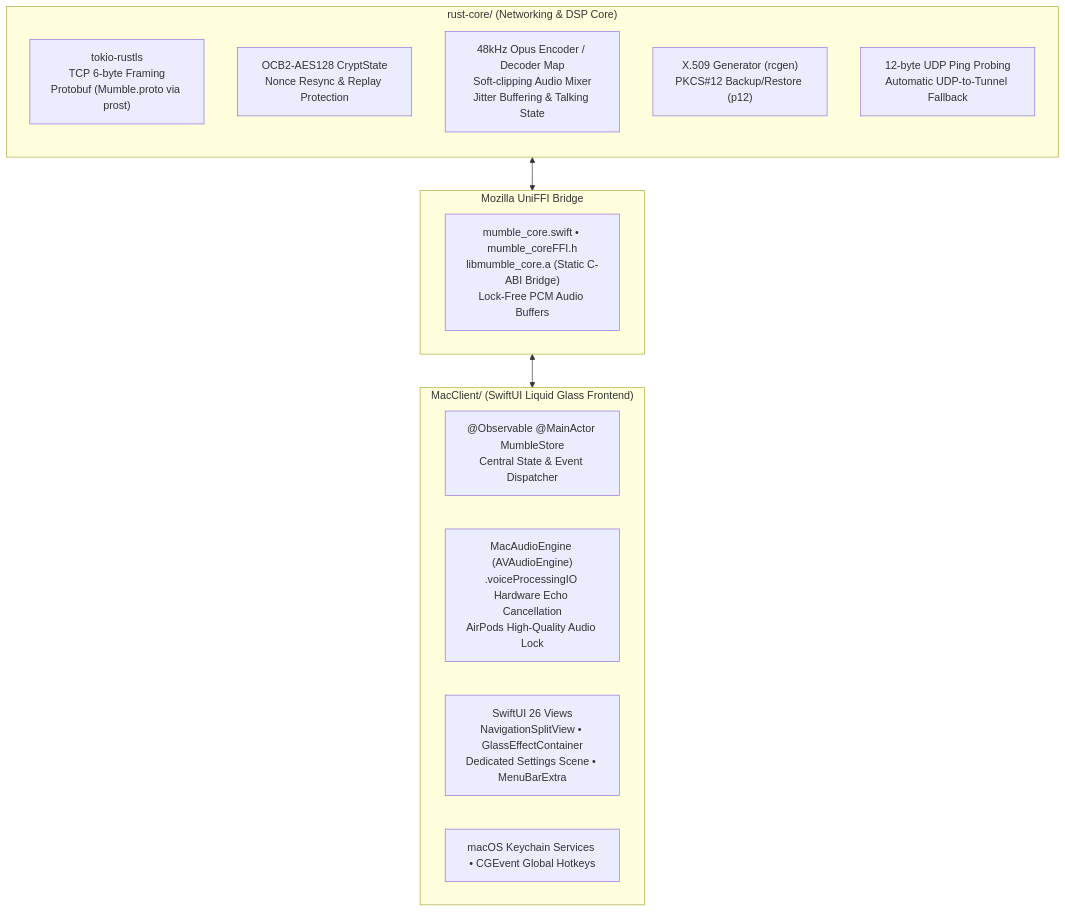
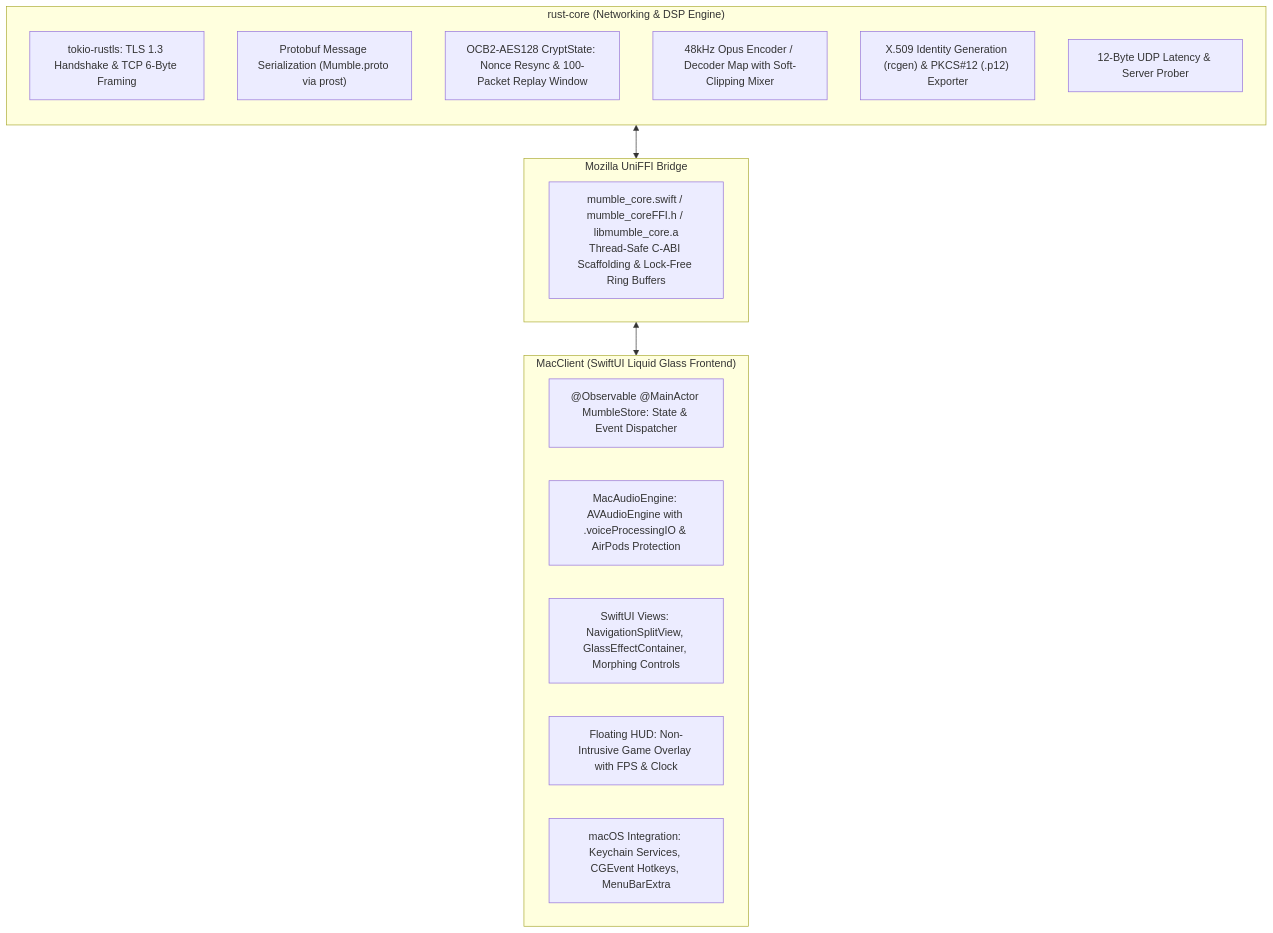
Before and after one commit to jurek-zsl/Swimble: the diagram in README.md, drawn with Mermaid. The commit also changed other lines of this file, not shown here.

Commit message:
docs: overhaul README with detailed architecture and remove all emojis

````diff
--- a/README.md
+++ b/README.md
@@ -84,25 +40,27 @@
 ```mermaid
 flowchart TB
-    subgraph RustCore ["rust-core/ (Networking & DSP Core)"]
+    subgraph RustCore ["rust-core (Networking & DSP Engine)"]
         direction TB
-        TLS["tokio-rustls\nTCP 6-byte Framing\nProtobuf (Mumble.proto via prost)"]
-        Crypto["OCB2-AES128 CryptState\nNonce Resync & Replay Protection"]
-        Opus["48kHz Opus Encoder / Decoder Map\nSoft-clipping Audio Mixer\nJitter Buffering & Talking State"]
-        Cert["X.509 Generator (rcgen)\nPKCS#12 Backup/Restore (p12)"]
-        Ping["12-byte UDP Ping Probing\nAutomatic UDP-to-Tunnel Fallback"]
+        TLS["tokio-rustls: TLS 1.3 Handshake & TCP 6-Byte Framing"]
+        Proto["Protobuf Message Serialization (Mumble.proto via prost)"]
+        Crypto["OCB2-AES128 CryptState: Nonce Resync & 100-Packet Replay Window"]
+        Opus["48kHz Opus Encoder / Decoder Map with Soft-Clipping Mixer"]
+        Cert["X.509 Identity Generation (rcgen) & PKCS#12 (.p12) Exporter"]
+        Ping["12-Byte UDP Latency & Server Prober"]
     end
 
     subgraph Bridge ["Mozilla UniFFI Bridge"]
-        UniFFI["mumble_core.swift • mumble_coreFFI.h\nlibmumble_core.a (Static C-ABI Bridge)\nLock-Free PCM Audio Buffers"]
+        UniFFI["mumble_core.swift / mumble_coreFFI.h / libmumble_core.a\nThread-Safe C-ABI Scaffolding & Lock-Free Ring Buffers"]
     end
 
-    subgraph SwiftClient ["MacClient/ (SwiftUI Liquid Glass Frontend)"]
-        Store["@Observable @MainActor MumbleStore\nCentral State & Event Dispatcher"]
-        Audio["MacAudioEngine (AVAudioEngine)\n.voiceProcessingIO Hardware Echo Cancellation\nAirPods High-Quality Audio Lock"]
-        UI["SwiftUI 26 Views\nNavigationSplitView • GlassEffectContainer\nDedicated Settings Scene • MenuBarExtra"]
-        Keys["macOS Keychain Services • CGEvent Global Hotkeys"]
+    subgraph SwiftClient ["MacClient (SwiftUI Liquid Glass Frontend)"]
+        Store["@Observable @MainActor MumbleStore: State & Event Dispatcher"]
+        Audio["MacAudioEngine: AVAudioEngine with .voiceProcessingIO & AirPods Protection"]
+        UI["SwiftUI Views: NavigationSplitView, GlassEffectContainer, Morphing Controls"]
+        Overlay["Floating HUD: Non-Intrusive Game Overlay with FPS & Clock"]
+        OS["macOS Integration: Keychain Services, CGEvent Hotkeys, MenuBarExtra"]
     end
 
     RustCore <--> Bridge
     Bridge <--> SwiftClient
 ```
````
